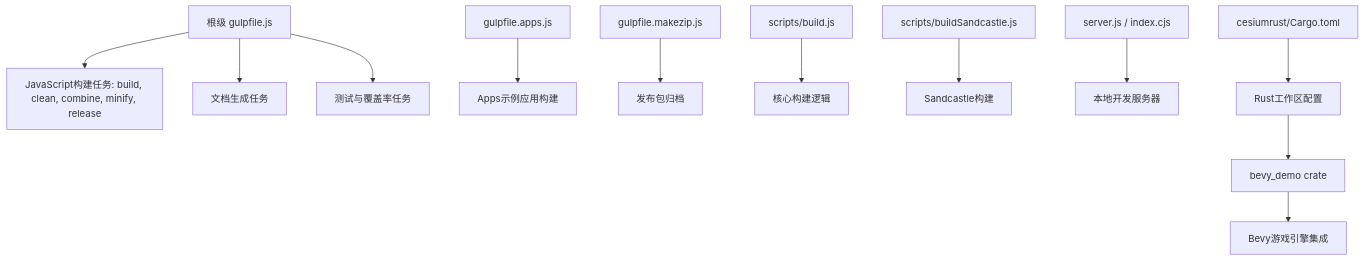
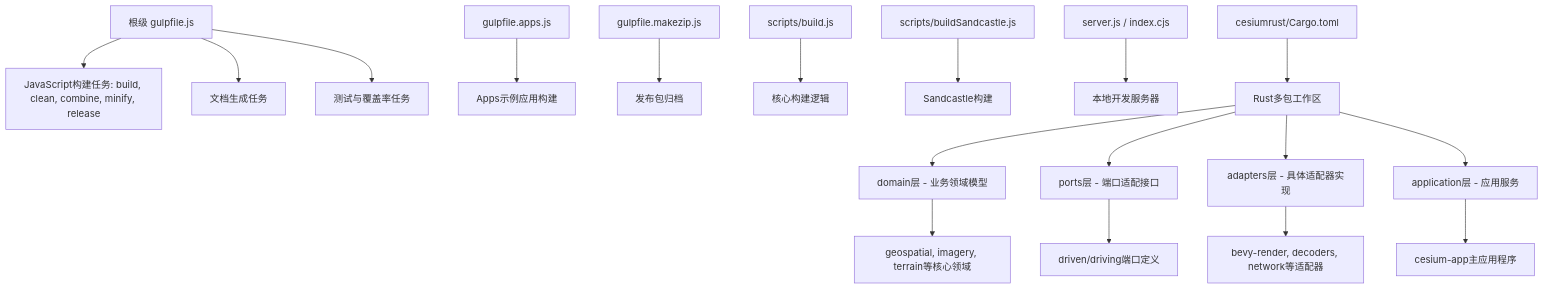
The first of 7 diagrams in .qoder/repowiki/zh/content/构建与部署/构建系统配置/构建系统配置.md (rzhangjing/cesium), drawn with Mermaid before and after one commit. The commit also changed other lines of this file and 92 other files, not shown here.

````diff
--- a/.qoder/repowiki/zh/content/构建与部署/构建系统配置/构建系统配置.md
+++ b/.qoder/repowiki/zh/content/构建与部署/构建系统配置/构建系统配置.md
@@ -68,14 +68,20 @@
 ```mermaid
 graph TB
 A["根级 gulpfile.js"] --> B["JavaScript构建任务: build, clean, combine, minify, release"]
 A --> C["文档生成任务"]
 A --> D["测试与覆盖率任务"]
 E["gulpfile.apps.js"] --> F["Apps示例应用构建"]
 G["gulpfile.makezip.js"] --> H["发布包归档"]
 I["scripts/build.js"] --> J["核心构建逻辑"]
 K["scripts/buildSandcastle.js"] --> L["Sandcastle构建"]
 M["server.js / index.cjs"] --> N["本地开发服务器"]
-O["cesiumrust/Cargo.toml"] --> P["Rust工作区配置"]
-P --> Q["bevy_demo crate"]
-Q --> R["Bevy游戏引擎集成"]
+O["cesiumrust/Cargo.toml"] --> P["Rust多包工作区"]
+P --> Q["domain层 - 业务领域模型"]
+P --> R["ports层 - 端口适配接口"]
+P --> S["adapters层 - 具体适配器实现"]
+P --> T["application层 - 应用服务"]
+Q --> U["geospatial, imagery, terrain等核心领域"]
+R --> V["driven/driving端口定义"]
+S --> W["bevy-render, decoders, network等适配器"]
+T --> X["cesium-app主应用程序"]
 ```
````
